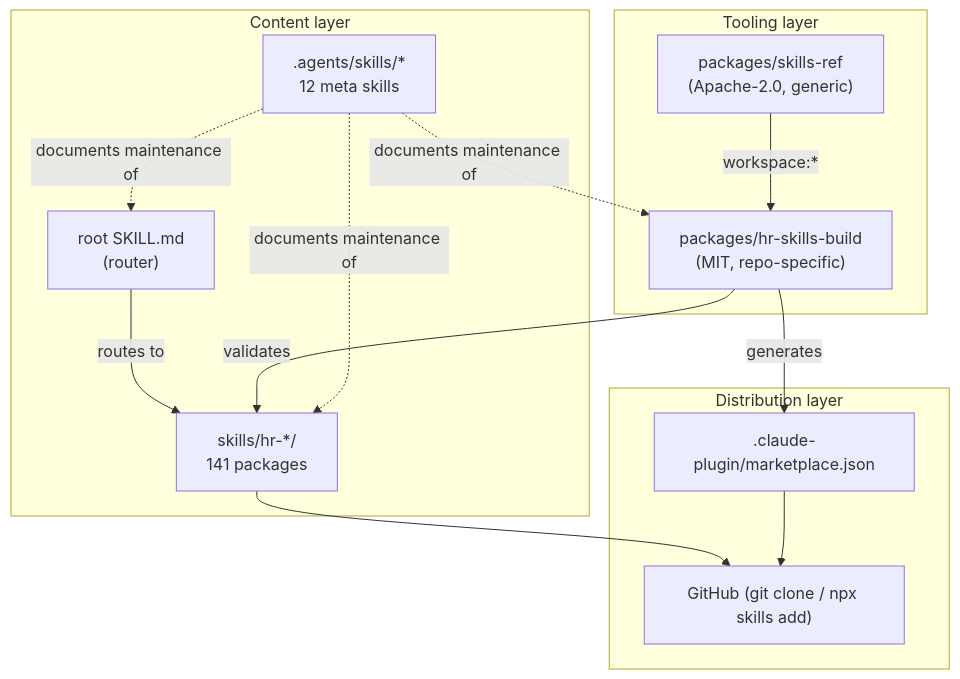
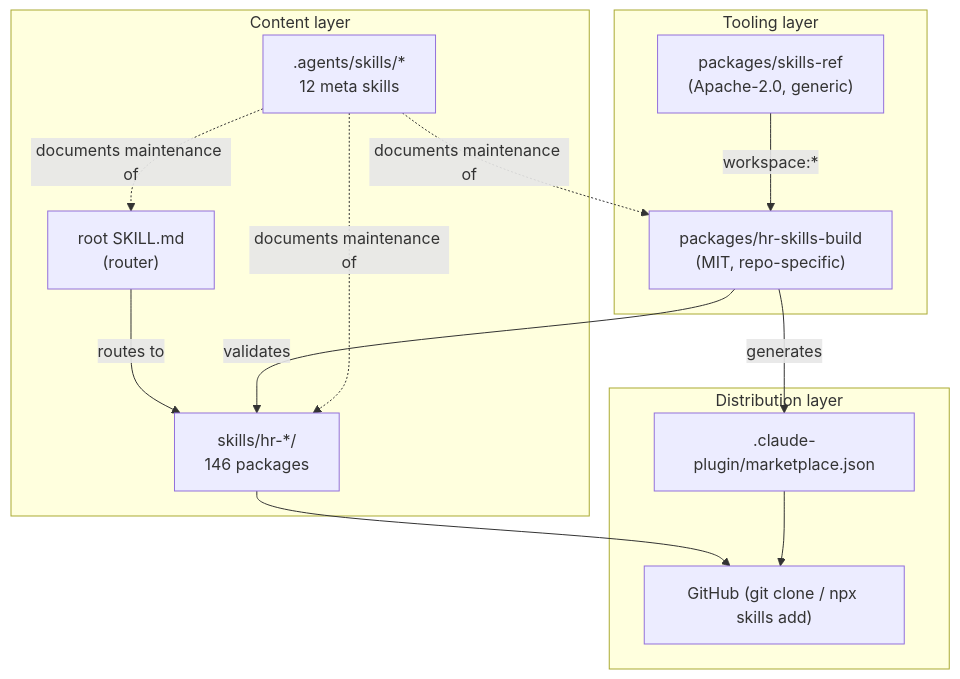
One commit to tuanductran/hr-skills changed the seventh of 11 diagrams in docs/ROADMAP.md. Above: the diagram before and after it, drawn with Mermaid. The commit also changed other lines of this file and 8 other files, not shown here.

````diff
--- a/docs/ROADMAP.md
+++ b/docs/ROADMAP.md
@@ -900,28 +902,28 @@
 ```mermaid
 graph TB
     subgraph "Content layer"
         R["root SKILL.md<br/>(router)"]
-        SK["skills/hr-*/<br/>141 packages"]
+        SK["skills/hr-*/<br/>146 packages"]
         AG[".agents/skills/*<br/>12 meta skills"]
     end
 
     subgraph "Tooling layer"
         SR["packages/skills-ref<br/>(Apache-2.0, generic)"]
         HB["packages/hr-skills-build<br/>(MIT, repo-specific)"]
     end
 
     subgraph "Distribution layer"
         MP[".claude-plugin/marketplace.json"]
         GH["GitHub (git clone / npx skills add)"]
     end
 
     R -->|routes to| SK
     SR -->|workspace:*| HB
     HB -->|validates| SK
     HB -->|generates| MP
     SK --> GH
     MP --> GH
     AG -.->|documents maintenance of| HB
     AG -.->|documents maintenance of| SK
     AG -.->|documents maintenance of| R
 ```
````
